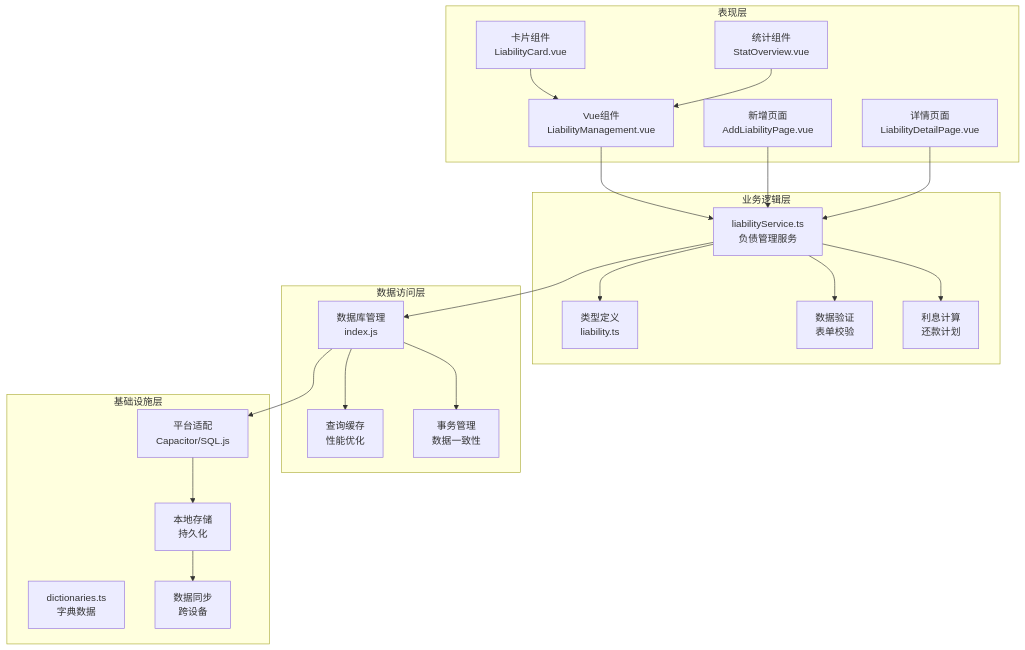
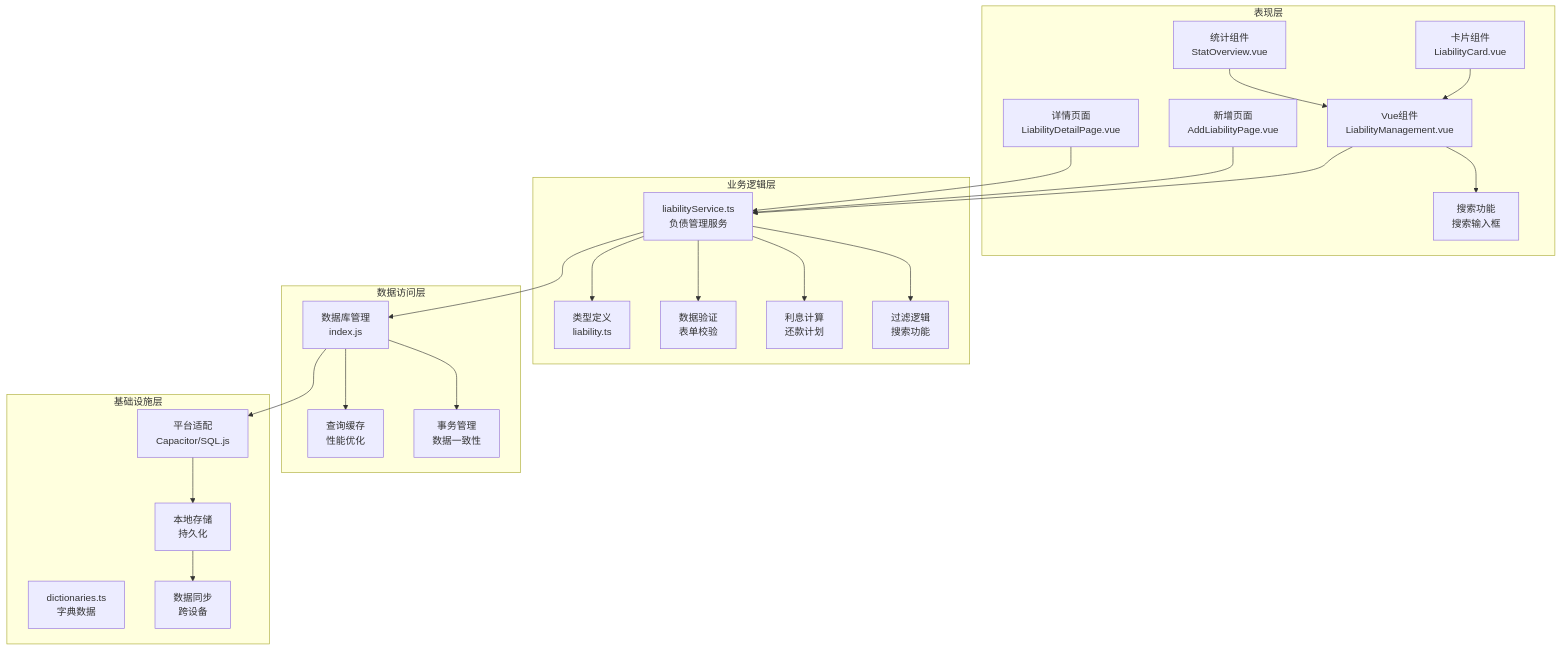
The second of 13 diagrams in .qoder/repowiki/zh/content/负债管理.md (xiao-lin-unit/yuan), drawn with Mermaid before and after one commit. The commit also changed other lines of this file and 18 other files, not shown here.

````diff
--- a/.qoder/repowiki/zh/content/负债管理.md
+++ b/.qoder/repowiki/zh/content/负债管理.md
@@ -132,41 +135,45 @@
 ```mermaid
 graph TB
 subgraph "表现层"
 UI[Vue组件<br/>LiabilityManagement.vue]
 ADD[新增页面<br/>AddLiabilityPage.vue]
 DETAIL[详情页面<br/>LiabilityDetailPage.vue]
 CARD[卡片组件<br/>LiabilityCard.vue]
 STATS[统计组件<br/>StatOverview.vue]
+SEARCH[搜索功能<br/>搜索输入框]
 end
 subgraph "业务逻辑层"
 SERVICE[liabilityService.ts<br/>负债管理服务]
 TYPES[类型定义<br/>liability.ts]
 VALIDATION[数据验证<br/>表单校验]
 CALCULATION[利息计算<br/>还款计划]
+FILTER[过滤逻辑<br/>搜索功能]
 end
 subgraph "数据访问层"
 DB[数据库管理<br/>index.js]
 CACHE[查询缓存<br/>性能优化]
 TRANSACTION[事务管理<br/>数据一致性]
 end
 subgraph "基础设施层"
 DICTIONARY[dictionaries.ts<br/>字典数据]
 PLATFORM[平台适配<br/>Capacitor/SQL.js]
 STORAGE[本地存储<br/>持久化]
 SYNC[数据同步<br/>跨设备]
 end
 UI --> SERVICE
+UI --> SEARCH
 ADD --> SERVICE
 DETAIL --> SERVICE
 CARD --> UI
 STATS --> UI
 SERVICE --> TYPES
 SERVICE --> VALIDATION
 SERVICE --> CALCULATION
+SERVICE --> FILTER
 SERVICE --> DB
 DB --> CACHE
 DB --> TRANSACTION
 DB --> PLATFORM
 PLATFORM --> STORAGE
 STORAGE --> SYNC
 ```
````
